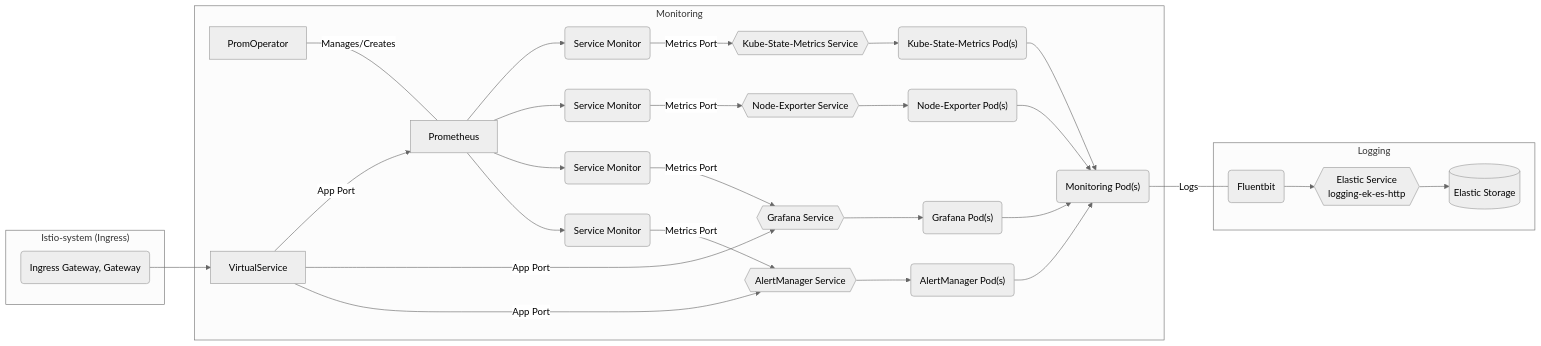
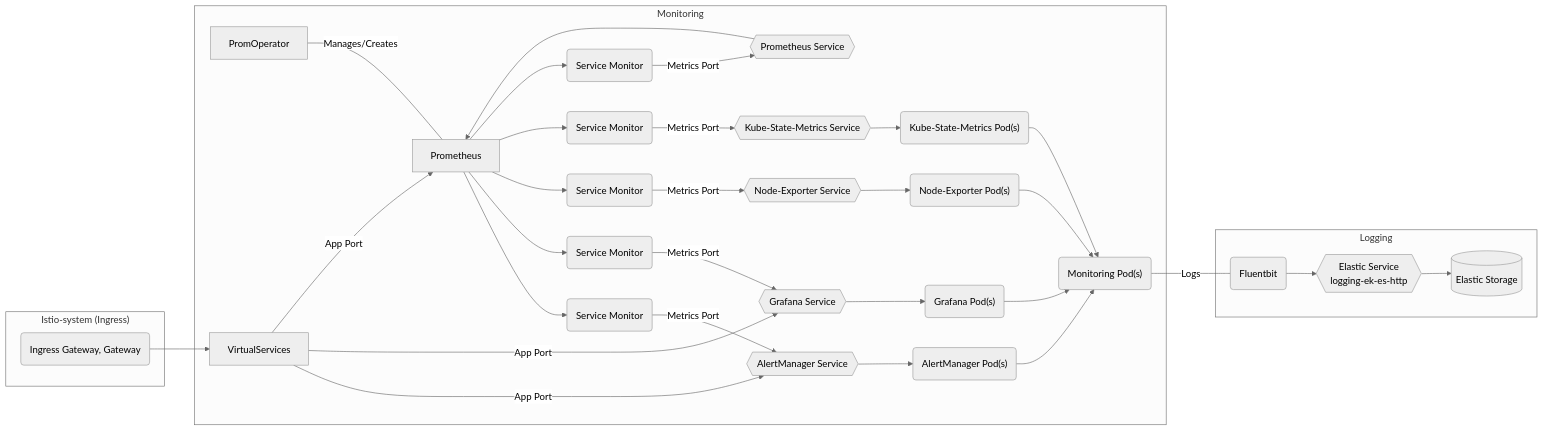
The diagram in charter/packages/monitoring/Architecture.md (rjferguson21/big-bang), drawn with Mermaid (neutral theme) before and after one commit.

Commit message:
add prometheus svcmonitor and service to diagram

````diff
--- a/charter/packages/monitoring/Architecture.md
+++ b/charter/packages/monitoring/Architecture.md
@@ -8,33 +8,36 @@
  ```mermaid
 graph LR
   subgraph "Monitoring"
     alertmanagerpods("AlertManager Pod(s)") --> monitoringpods("Monitoring Pod(s)")
     alertmanagerservice{{AlertManager Service}} --> alertmanagerpods("AlertManager Pod(s)")
     alertmanagersvcmonitor("Service Monitor") --"Metrics Port"--> alertmanagerservice
     Prometheus --> alertmanagersvcmonitor("Service Monitor")
     grafanapods("Grafana Pod(s)") --> monitoringpods("Monitoring Pod(s)")
     grafanaservice{{Grafana Service}} --> grafanapods("Grafana Pod(s)")
     grafanasvcmonitor("Service Monitor") --"Metrics Port"--> grafanaservice
     Prometheus --> grafanasvcmonitor("Service Monitor")
     nodeexporterpods("Node-Exporter Pod(s)") --> monitoringpods("Monitoring Pod(s)")
     nodeexporterservice{{Node-Exporter Service}} -->  nodeexporterpods("Node-Exporter Pod(s)")
     nodeexportersvcmonitor("Service Monitor") --"Metrics Port"-->  nodeexporterservice
     Prometheus --> nodeexportersvcmonitor("Service Monitor")
     kubestatemetricspods("Kube-State-Metrics Pod(s)") --> monitoringpods("Monitoring Pod(s)")
     kubestatemetricsservice{{Kube-State-Metrics Service}} -->  kubestatemetricspods("Kube-State-Metrics Pod(s)")
     kubestatemetricssvcmonitor("Service Monitor") --"Metrics Port"-->  kubestatemetricsservice
     Prometheus --> kubestatemetricssvcmonitor("Service Monitor")
+    Prometheus --> prometheussvcmonitor("Service Monitor")
+    prometheussvcmonitor("Service Monitor") --"Metrics Port"--> prmetheussservice{{Prometheus Service}}
+    prmetheussservice{{Prometheus Service}} --> Prometheus
     PromOperator ---|Manages/Creates| Prometheus
-    VirtualService --"App Port"--> alertmanagerservice
-    VirtualService --"App Port"--> grafanaservice
-    VirtualService --"App Port"--> Prometheus
+    VirtualServices --"App Port"--> alertmanagerservice
+    VirtualServices --"App Port"--> grafanaservice
+    VirtualServices --"App Port"--> Prometheus
   end
   subgraph "Logging"
     monitoringpods("Monitoring Pod(s)") ---|Logs|fluent(Fluentbit) --> logging-ek-es-http
     logging-ek-es-http{{Elastic Service<br />logging-ek-es-http}} --> elastic[(Elastic Storage)]
   end
   subgraph "Istio-system (Ingress)"
-    ig(Ingress Gateway, Gateway) --> VirtualService
+    ig(Ingress Gateway, Gateway) --> VirtualServices
   end 
   
 ```
````
